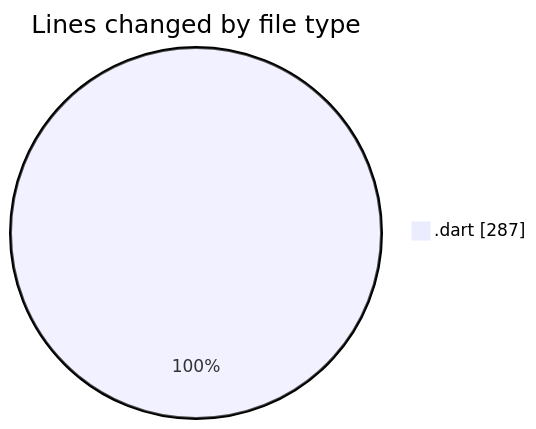
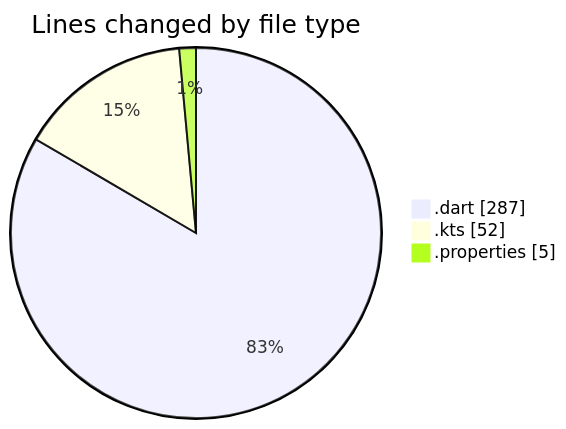
The first of 2 diagrams in 2025-02-18/uber_clone/README.md (donsfak/code-tracking), drawn with Mermaid before and after one commit. The commit also changed other lines of this file and 1 other file, not shown here.

````diff
--- a/2025-02-18/uber_clone/README.md
+++ b/2025-02-18/uber_clone/README.md
@@ -21,5 +23,7 @@
 ```mermaid
 pie showData
 title Lines changed by file type
 ".dart" : 287
+".kts" : 52
+".properties" : 5
 ```
````
